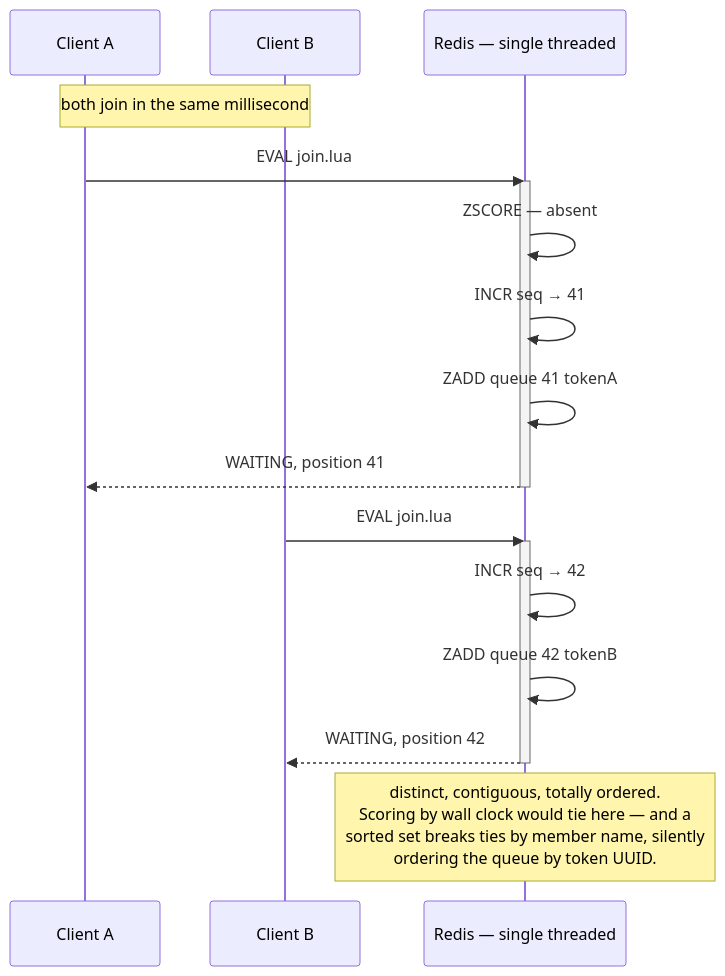
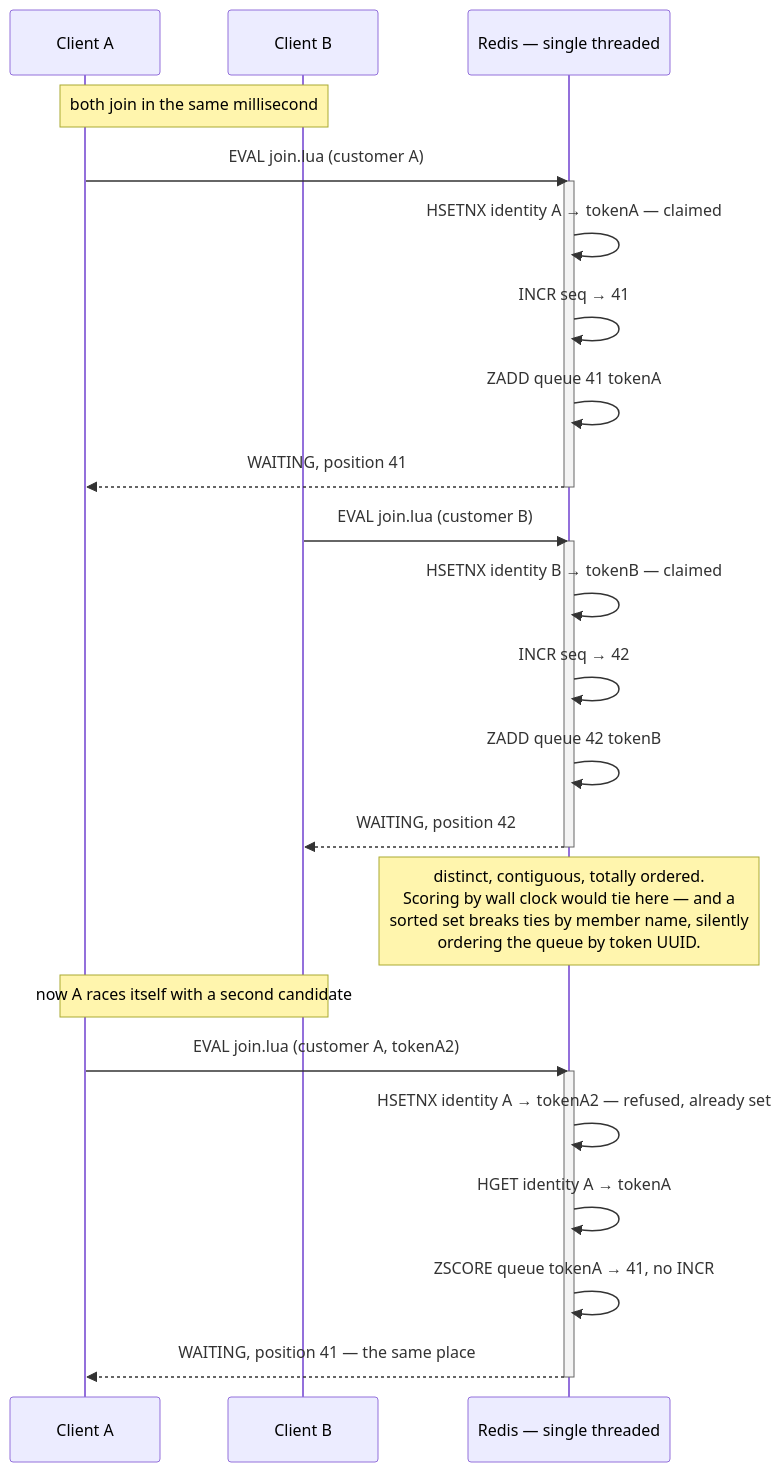
Before and after one commit to daliborjelicanin/ticket-waiting-room-aws: the fourth of 4 diagrams in waiting-room-service/ARCHITECTURE.md, drawn with Mermaid. The commit also changed other lines of this file and 65 other files, not shown here.

````diff
--- a/waiting-room-service/ARCHITECTURE.md
+++ b/waiting-room-service/ARCHITECTURE.md
@@ -97,22 +115,32 @@
 ```mermaid
 sequenceDiagram
     participant A as Client A
     participant B as Client B
     participant R as Redis — single threaded
 
     Note over A,B: both join in the same millisecond
-    A->>R: EVAL join.lua
+    A->>R: EVAL join.lua (customer A)
     activate R
-    R->>R: ZSCORE — absent
+    R->>R: HSETNX identity A → tokenA — claimed
     R->>R: INCR seq → 41
     R->>R: ZADD queue 41 tokenA
     R-->>A: WAITING, position 41
     deactivate R
-    B->>R: EVAL join.lua
+    B->>R: EVAL join.lua (customer B)
     activate R
+    R->>R: HSETNX identity B → tokenB — claimed
     R->>R: INCR seq → 42
     R->>R: ZADD queue 42 tokenB
     R-->>B: WAITING, position 42
     deactivate R
     Note over R: distinct, contiguous, totally ordered.<br/>Scoring by wall clock would tie here — and a<br/>sorted set breaks ties by member name, silently<br/>ordering the queue by token UUID.
+
+    Note over A,B: now A races itself with a second candidate
+    A->>R: EVAL join.lua (customer A, tokenA2)
+    activate R
+    R->>R: HSETNX identity A → tokenA2 — refused, already set
+    R->>R: HGET identity A → tokenA
+    R->>R: ZSCORE queue tokenA → 41, no INCR
+    R-->>A: WAITING, position 41 — the same place
+    deactivate R
 ```
````
